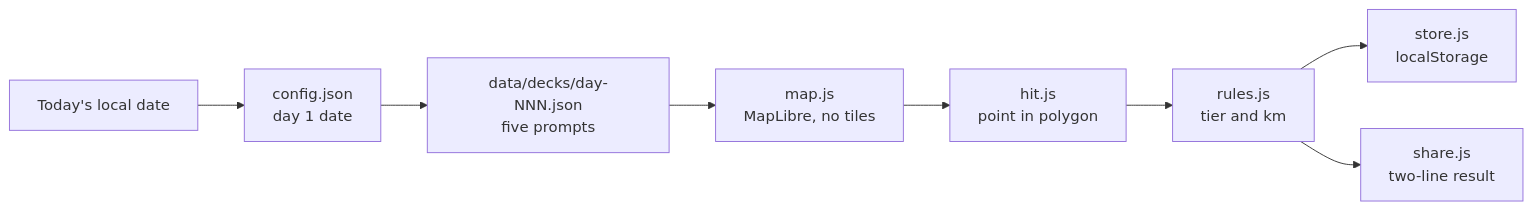
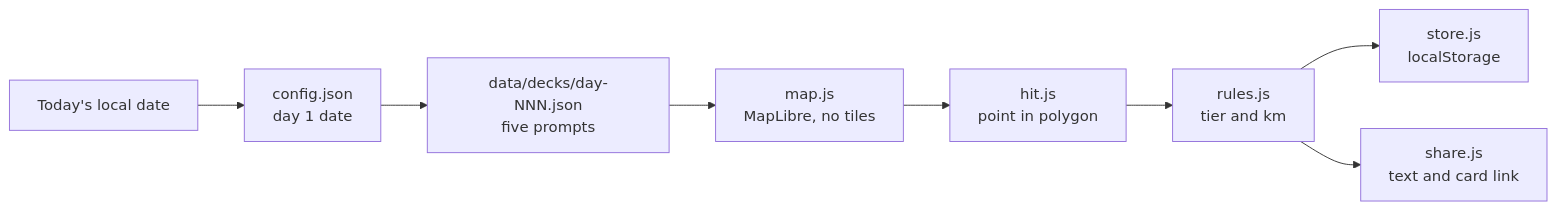
The diagram in README.md (Bjepp77/ends-of-the-earth), drawn with Mermaid before and after one commit. The commit also changed other lines of this file and 4 other files, not shown here.

````diff
--- a/README.md
+++ b/README.md
@@ -90,10 +111,10 @@
 ```mermaid
 flowchart LR
     A[Today's local date] --> B[config.json<br>day 1 date]
     B --> C[data/decks/day-NNN.json<br>five prompts]
     C --> D[map.js<br>MapLibre, no tiles]
     D --> E[hit.js<br>point in polygon]
     E --> F[rules.js<br>tier and km]
     F --> G[store.js<br>localStorage]
-    F --> H[share.js<br>two-line result]
+    F --> H[share.js<br>text and card link]
 ```
````
